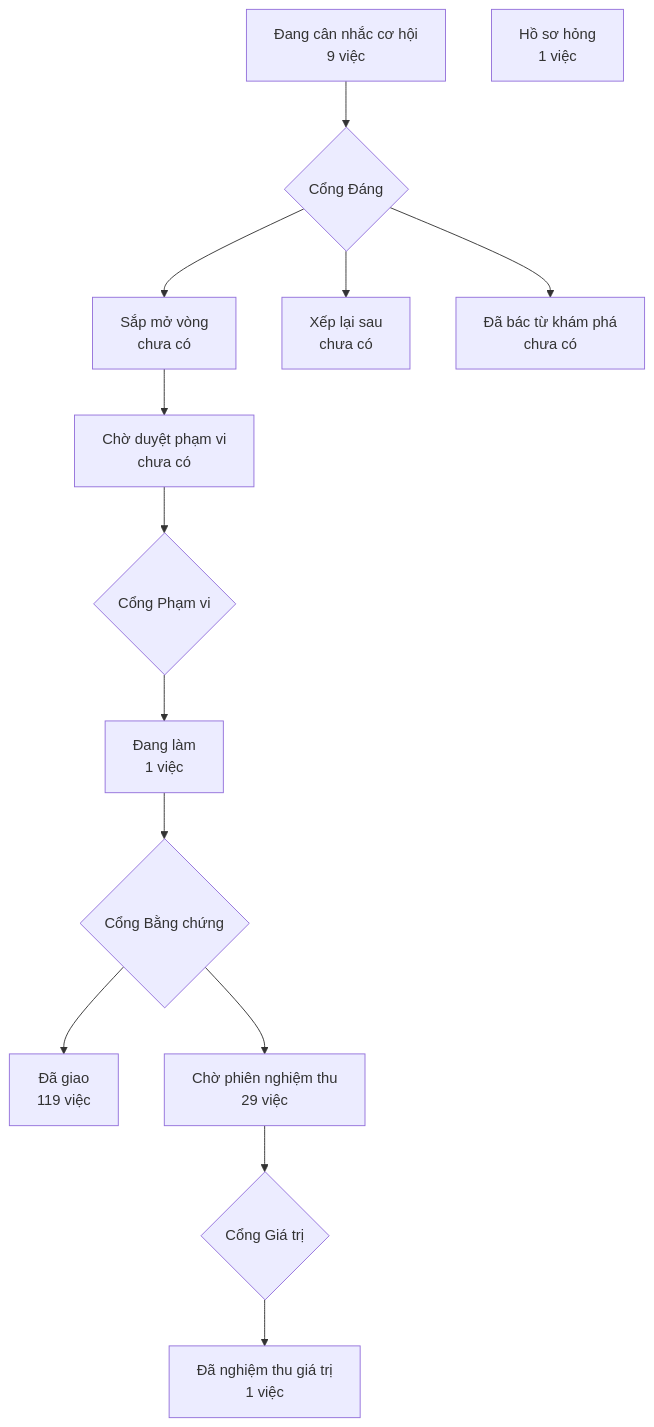
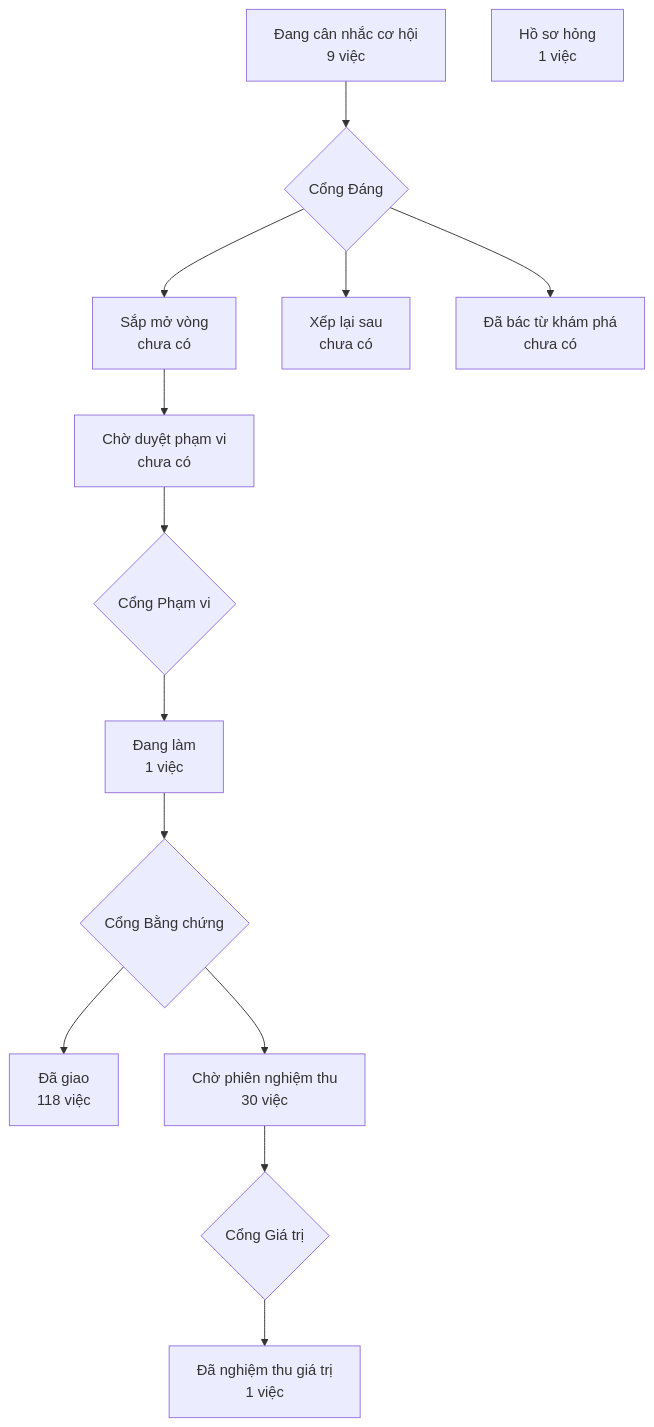
The diagram in PRODUCT-MAP.md (phanlemanh/crm-onehub), drawn with Mermaid before and after one commit. The commit also changed 9 other files, not shown here.

````diff
--- a/PRODUCT-MAP.md
+++ b/PRODUCT-MAP.md
@@ -7,13 +7,13 @@
 ```mermaid
 flowchart TD
   A["Đang cân nhắc cơ hội<br/>9 việc"] --> GD{"Cổng Đáng"}
   GD --> B["Sắp mở vòng<br/>chưa có"]
   GD --> XL["Xếp lại sau<br/>chưa có"]
   GD --> DB["Đã bác từ khám phá<br/>chưa có"]
   B --> CD["Chờ duyệt phạm vi<br/>chưa có"] --> GP{"Cổng Phạm vi"}
   GP --> DL["Đang làm<br/>1 việc"] --> GB{"Cổng Bằng chứng"}
-  GB --> DG["Đã giao<br/>119 việc"]
-  GB --> CN["Chờ phiên nghiệm thu<br/>29 việc"] --> GG{"Cổng Giá trị"}
+  GB --> DG["Đã giao<br/>118 việc"]
+  GB --> CN["Chờ phiên nghiệm thu<br/>30 việc"] --> GG{"Cổng Giá trị"}
   GG --> NT["Đã nghiệm thu giá trị<br/>1 việc"]
   HS["Hồ sơ hỏng<br/>1 việc"]
 ```
````
